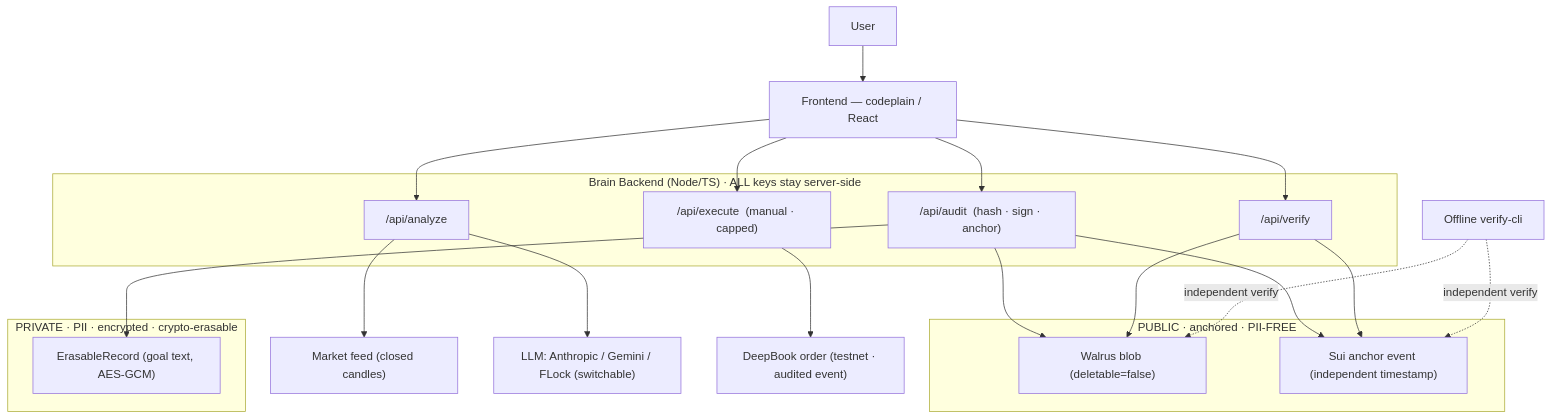
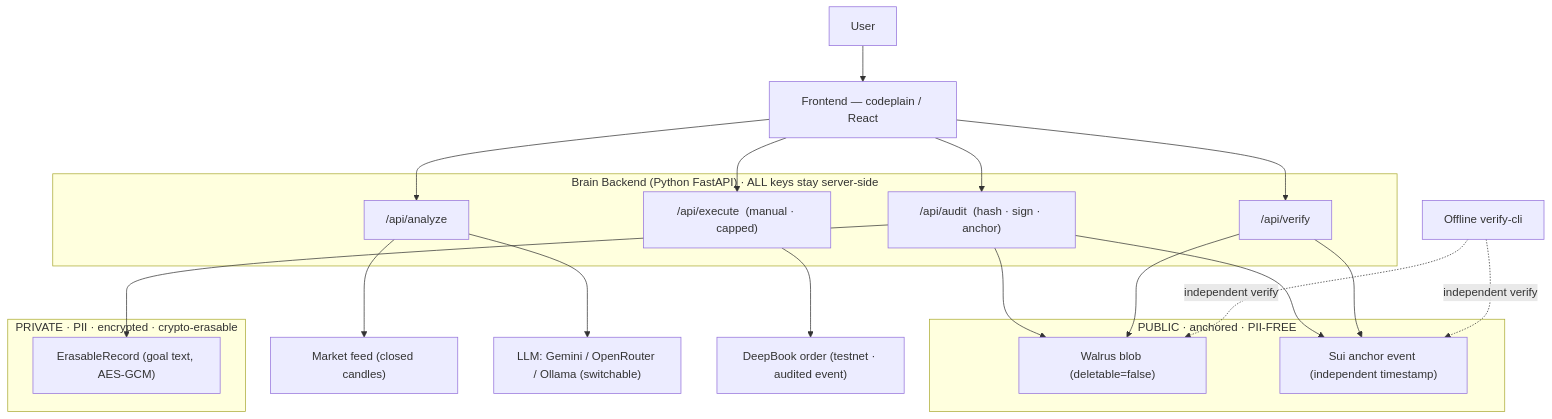
Before and after one commit to supawichza40/glassbox: the second of 4 diagrams in DESIGN.md, drawn with Mermaid. The commit also changed other lines of this file and 7 other files, not shown here.

First line of the commit message:
docs: sync all docs to current build (Python stack, redesigned UI, demo cache, verify-cli)

````diff
--- a/DESIGN.md
+++ b/DESIGN.md
@@ -74,37 +76,37 @@
 ```mermaid
 flowchart TB
     U["User"] --> FE["Frontend — codeplain / React"]
 
-    subgraph BRAIN["Brain Backend (Node/TS) · ALL keys stay server-side"]
+    subgraph BRAIN["Brain Backend (Python FastAPI) · ALL keys stay server-side"]
         AN["/api/analyze"]
         AU["/api/audit  (hash · sign · anchor)"]
         VE["/api/verify"]
         EX["/api/execute  (manual · capped)"]
     end
 
     FE --> AN
     FE --> AU
     FE --> VE
     FE --> EX
 
     AN --> MK["Market feed (closed candles)"]
-    AN --> LLM["LLM: Anthropic / Gemini / FLock (switchable)"]
+    AN --> LLM["LLM: Gemini / OpenRouter / Ollama (switchable)"]
 
     subgraph PUBLIC["PUBLIC · anchored · PII-FREE"]
         WAL["Walrus blob (deletable=false)"]
         ANC["Sui anchor event (independent timestamp)"]
     end
 
     subgraph PRIVATE["PRIVATE · PII · encrypted · crypto-erasable"]
         ER["ErasableRecord (goal text, AES-GCM)"]
     end
 
     AU --> WAL
     AU --> ANC
     AU --> ER
     VE --> WAL
     VE --> ANC
     EX --> DB["DeepBook order (testnet · audited event)"]
     CLI["Offline verify-cli"] -. independent verify .-> WAL
     CLI -. independent verify .-> ANC
 ```
````
